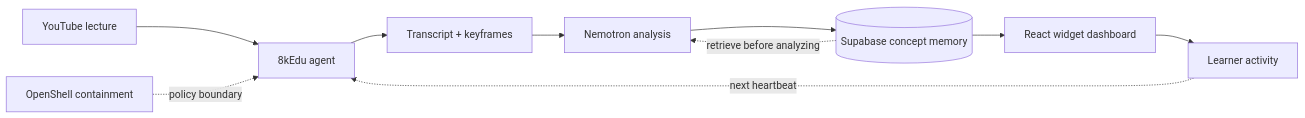
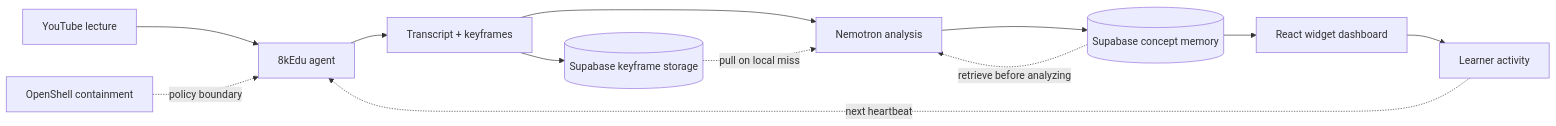
One commit to 8k-Edu/8kEdu changed the diagram in README.md. Above: the diagram before and after it, drawn with Mermaid. The commit also changed other lines of this file and 80 other files, not shown here.

````diff
--- a/README.md
+++ b/README.md
@@ -62,12 +62,14 @@
 ```mermaid
 flowchart LR
   V["YouTube lecture"] --> A["8kEdu agent"]
   A --> I["Transcript + keyframes"]
   I --> N["Nemotron analysis"]
+  I --> F[("Supabase keyframe storage")]
   N --> M[("Supabase concept memory")]
   M --> W["React widget dashboard"]
   W --> L["Learner activity"]
   L -. "next heartbeat" .-> A
   M -. "retrieve before analyzing" .-> N
+  F -. "pull on local miss" .-> N
   O["OpenShell containment"] -. "policy boundary" .-> A
 ```
````
